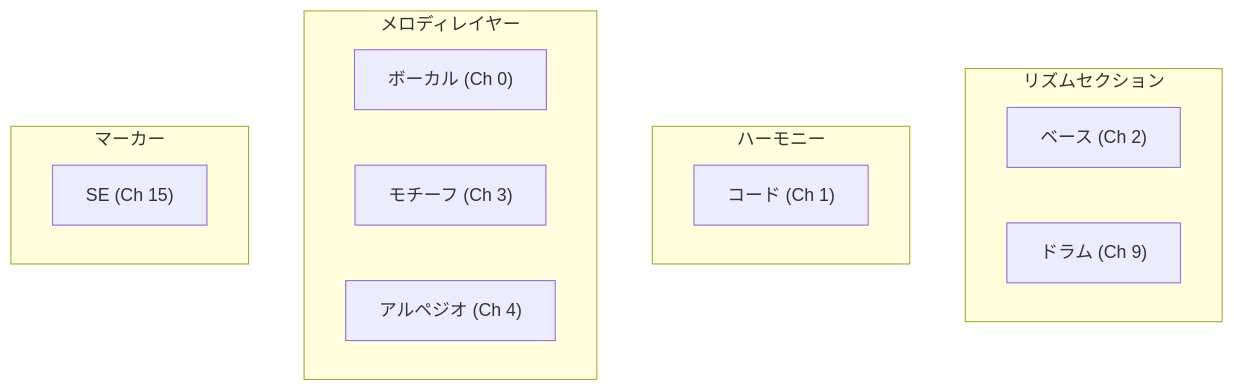
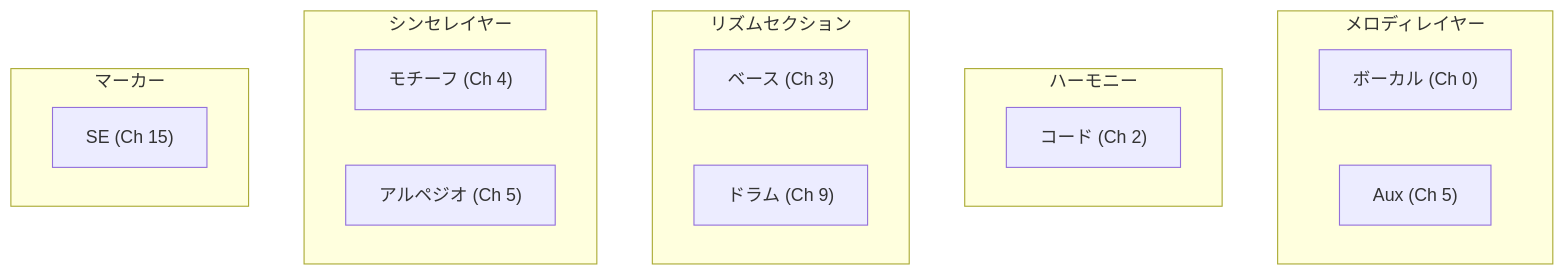
One commit to libraz/midi-sketch-homepage changed the first of 7 diagrams in ja/docs/track-generators.md. Above: the diagram before and after it, drawn with Mermaid. The commit also changed other lines of this file and 25 other files, not shown here.

First line of the commit message:
Update vocal system with melody templates and new Aux track

````diff
--- a/ja/docs/track-generators.md
+++ b/ja/docs/track-generators.md
@@ -7,21 +9,25 @@
 ```mermaid
 flowchart TB
+    subgraph Melody ["メロディレイヤー"]
+        Vocal["ボーカル (Ch 0)"]
+        Aux["Aux (Ch 5)"]
+    end
+
+    subgraph Harmony ["ハーモニー"]
+        Chord["コード (Ch 2)"]
+    end
+
     subgraph Rhythm ["リズムセクション"]
-        Bass["ベース (Ch 2)"]
+        Bass["ベース (Ch 3)"]
         Drums["ドラム (Ch 9)"]
     end
 
-    subgraph Harmony ["ハーモニー"]
-        Chord["コード (Ch 1)"]
-    end
-
-    subgraph Melody ["メロディレイヤー"]
-        Vocal["ボーカル (Ch 0)"]
-        Motif["モチーフ (Ch 3)"]
-        Arpeggio["アルペジオ (Ch 4)"]
+    subgraph Synth ["シンセレイヤー"]
+        Motif["モチーフ (Ch 4)"]
+        Arpeggio["アルペジオ (Ch 5)"]
     end
 
     subgraph Markers ["マーカー"]
         SE["SE (Ch 15)"]
     end
 ```
````
